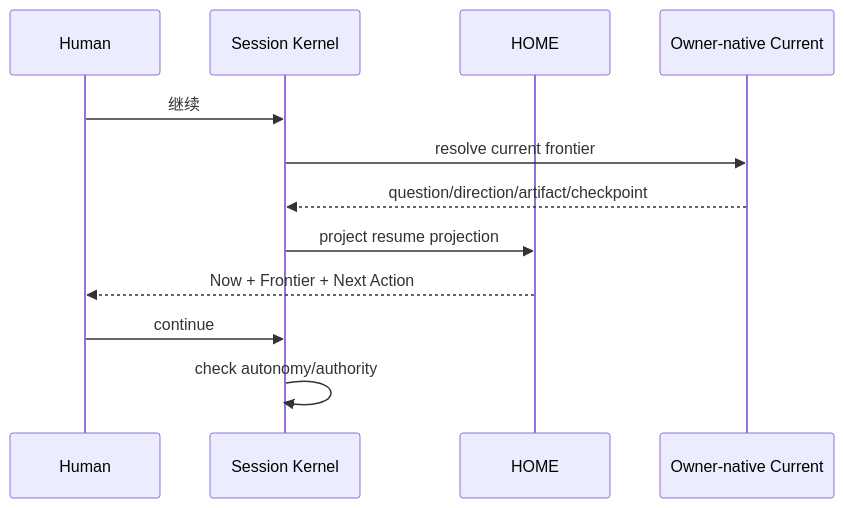
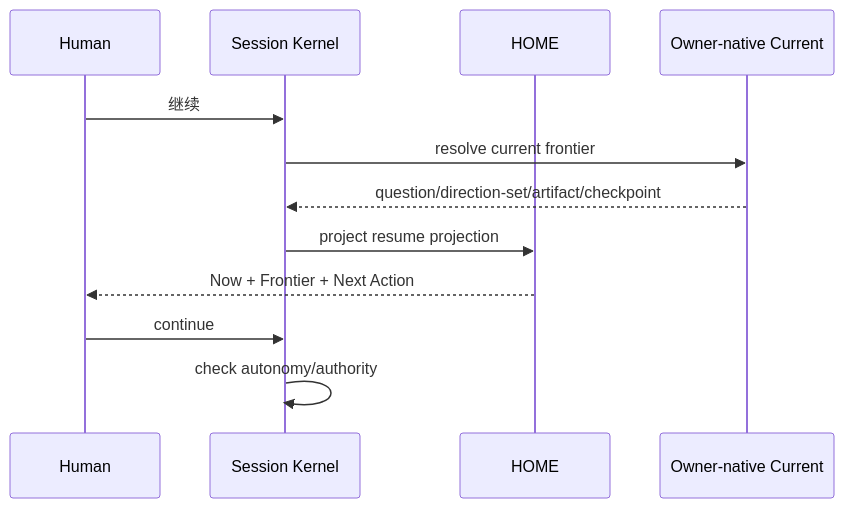
Before and after one commit to Jiaosong/Design: the second of 3 diagrams in product-docs/v0.3/nodes/N01_HOME.md, drawn with Mermaid. The commit also changed other lines of this file and 71 other files, not shown here.

````diff
--- a/product-docs/v0.3/nodes/N01_HOME.md
+++ b/product-docs/v0.3/nodes/N01_HOME.md
@@ -60,14 +60,14 @@
 ```mermaid
 sequenceDiagram
     participant U as Human
     participant K as Session Kernel
     participant H as HOME
     participant C as Owner-native Current
     U->>K: 继续
     K->>C: resolve current frontier
-    C-->>K: question/direction/artifact/checkpoint
+    C-->>K: question/direction-set/artifact/checkpoint
     K->>H: project resume projection
     H-->>U: Now + Frontier + Next Action
     U->>K: continue
     K->>K: check autonomy/authority
 ```
````
